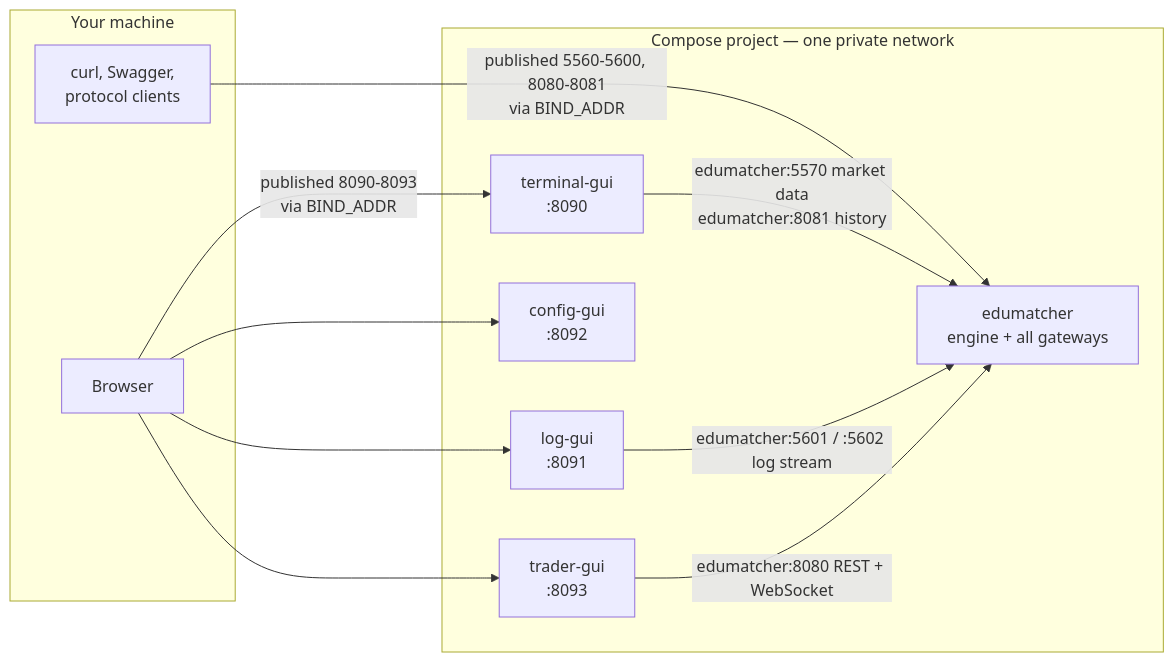
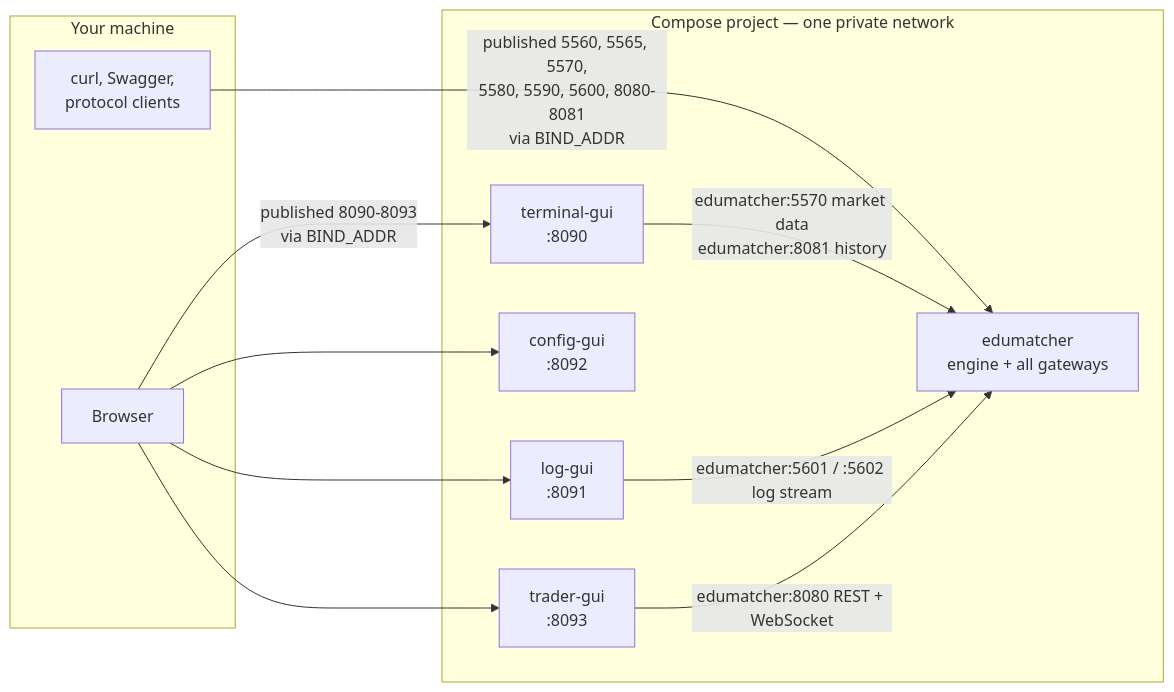
The first of 2 diagrams in docs/user-guide/005-installation.md (johan162/EduMatcher), drawn with Mermaid before and after one commit. The commit also changed other lines of this file and 4 other files, not shown here.

Commit message:
docs(user-guide): fix command/output/schema errors in intro chapters

````diff
--- a/docs/user-guide/005-installation.md
+++ b/docs/user-guide/005-installation.md
@@ -356,25 +363,25 @@
 ```mermaid
 flowchart LR
     subgraph host["Your machine"]
         BROWSER["Browser"]
         CLIENT["curl, Swagger,\nprotocol clients"]
     end
 
     subgraph project["Compose project — one private network"]
         TERM["terminal-gui\n:8090"]
         LOG["log-gui\n:8091"]
         CFG["config-gui\n:8092"]
         TRD["trader-gui\n:8093"]
         BE["edumatcher\nengine + all gateways"]
     end
 
     BROWSER -->|"published 8090-8093\nvia BIND_ADDR"| TERM
     BROWSER --> LOG
     BROWSER --> CFG
     BROWSER --> TRD
-    CLIENT -->|"published 5560-5600, 8080-8081\nvia BIND_ADDR"| BE
+    CLIENT -->|"published 5560, 5565, 5570,\n5580, 5590, 5600, 8080-8081\nvia BIND_ADDR"| BE
 
     TERM -->|"edumatcher:5570 market data\nedumatcher:8081 history"| BE
     LOG -->|"edumatcher:5601 / :5602 log stream"| BE
     TRD -->|"edumatcher:8080 REST + WebSocket"| BE
 ```
````
